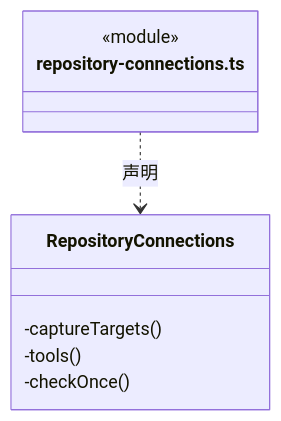
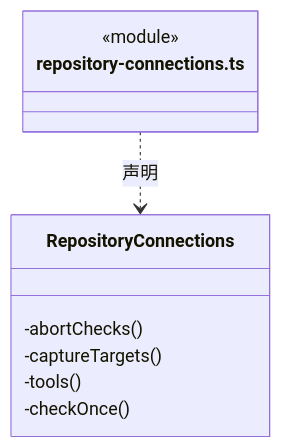
The fourth of 5 diagrams in src/logic/connectors/service/ARCHITECTURE.md (nan023062/cbim), drawn with Mermaid before and after one commit. The commit also changed other lines of this file and 139 other files, not shown here.

Commit message:
docs(architecture): add source reading paths and complete file inventories

````diff
--- a/src/logic/connectors/service/ARCHITECTURE.md
+++ b/src/logic/connectors/service/ARCHITECTURE.md
@@ -130,12 +135,13 @@
 ```mermaid
 classDiagram
 class N_src_logic_connectors_service_repository_connections_ts["repository-connections.ts"] {
   <<module>>
 }
 class N_src_logic_connectors_service_repository_connections_ts_RepositoryConnections["RepositoryConnections"] {
+  -abortChecks()
   -captureTargets()
   -tools()
   -checkOnce()
 }
 N_src_logic_connectors_service_repository_connections_ts ..> N_src_logic_connectors_service_repository_connections_ts_RepositoryConnections : 声明
 ```
````
